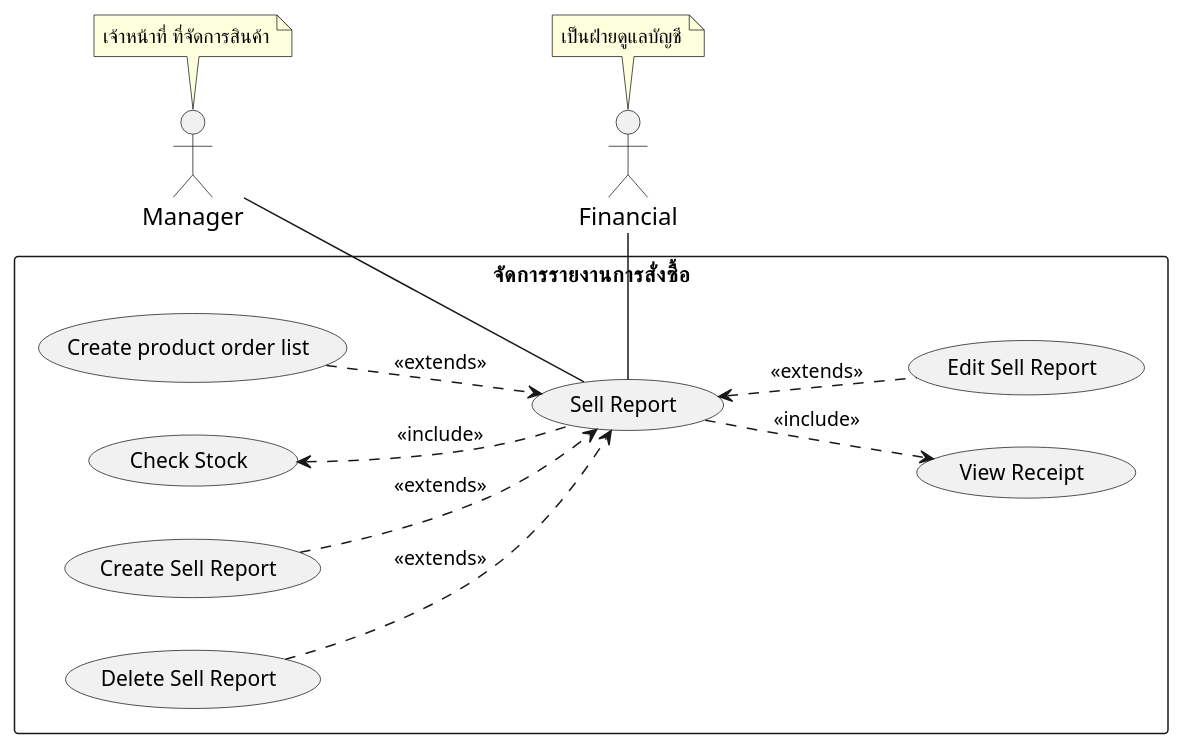
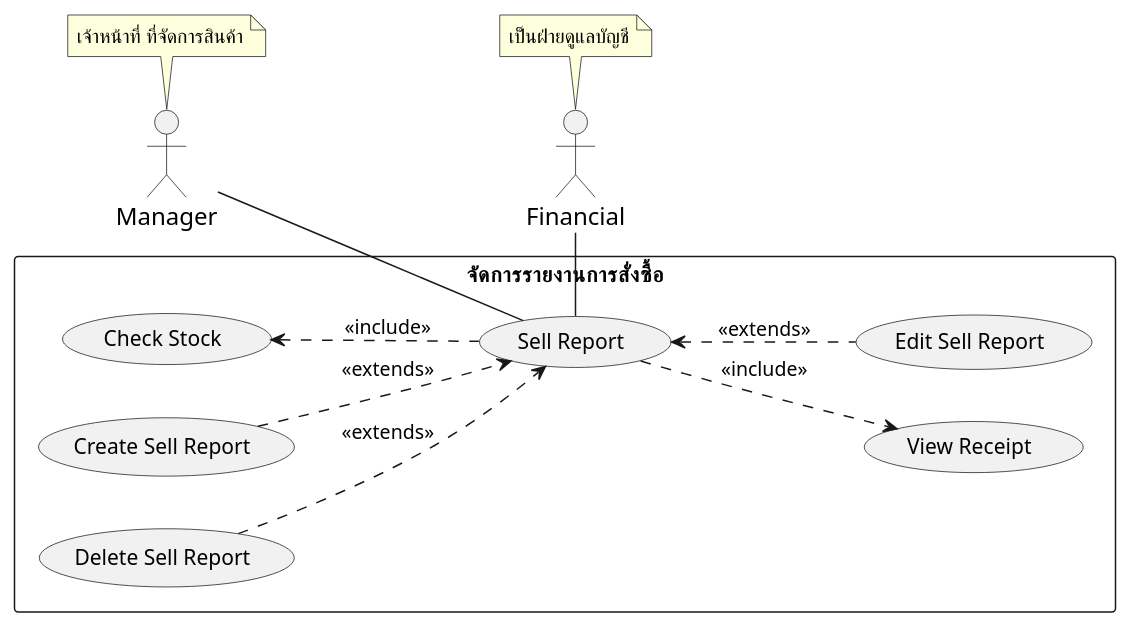
One commit to billowdev/inventory-system-plantuml-sequelize-seeder-example changed the diagram in system-analysis/usecase/_8_usecase-sell-report.puml. Above: the diagram before and after it, drawn with PlantUML.

```diff
--- a/system-analysis/usecase/_8_usecase-sell-report.puml
+++ b/system-analysis/usecase/_8_usecase-sell-report.puml
@@ -1,95 +1,93 @@
 @startuml
 'https://plantuml.com/usecase-diagram
 left to right direction
 skinparam sequence {
     ParticipantFontName Thai
     ParticipantFontSize 16
     ActorFontSize 16
     ActorFontName Thai
 }
 'skinparam linetype polyline
 ' skinparam linetype ortho
 
 skinparam Participant{
     FontColor #efefef
     BorderColor #c0c0c0
 }
 skinparam Sequence{
     ParticipantBorderThickness .5
     LifeLineBorderColor #8a8a8a
 }
 
 
 ' =================== Manager ===================
 ' role - เจ้าหน้าที่ ที่จัดการสินค้า ให้คงคลังสินค้าอยู่เสมอ
 ' duty - บริหารจัดการ stock สินค้า ทั้งการจำหน่ายออก และการรับสินค้ารวมถึงการ
 ' ออกใบสั่งของ การเช็คสินค้าและการทำรายงานต่างๆ
 actor Manager as actorManager
 note top of actorManager : เจ้าหน้าที่ ที่จัดการสินค้า
 
 ' =================== Financial ===================
 ' role - เป็นฝ่ายดูแลบัญชีและการเงินของบริษัท
 ' duty - รับข้อมูลการซื้อและขายสินค้า
 actor Financial as actorFinancial
 note top of actorFinancial : เป็นฝ่ายดูแลบัญชี
 
 
 
 ' =================== Stock System ===================
 rectangle "จัดการรายงานการสั่งซื้อ" as manageSellReport {
 
     ' ================ Reporting ================
     '   การทำรายงาน
     usecase (Sell Report) as (usecaseSellReport)
 
 
 
     usecase (View Receipt) as (usecaseViewReceipt)
 
 
 
-    usecase (Create product order list) as (usecaseCreateProductOrderList)
 
     ' ================ Stock ================
     usecase (Check Stock) as (usecaseCheckStock)
 
   usecase (Create Sell Report) as (usecaseCreateSellReport)
     usecase (Edit Sell Report) as (usecaseEditSellReport)
     usecase (Delete Sell Report) as (usecaseDeleteSellReport)
 
 
     '===========================================================
     ' ===                  Associate Flow                    ===
     '===========================================================
 
     ' ===  ความสัมพันธ์ระหว่าง actor และ usecase ในส่วนของการสออกรายงาน ===
     actorManager -- (usecaseSellReport)
     actorFinancial -right- (usecaseSellReport)
 
 
     ' ================ Reporting ================
     '   การทำรายงาน
 
     (usecaseSellReport) ..> (usecaseViewReceipt)    : <<include>>
     (usecaseCheckStock)  <.. (usecaseSellReport)  : <<include>>
-    (usecaseCreateProductOrderList) ..>  (usecaseSellReport)   : <<extends>>
 
     (usecaseCreateSellReport) ..>  (usecaseSellReport)   : <<extends>>
     (usecaseSellReport)   <.. (usecaseEditSellReport)   : <<extends>>
     (usecaseDeleteSellReport) ..>  (usecaseSellReport)   : <<extends>>
 
 
 
 '    (usecaseViewProduct) <... (usecaseCreateProductOrderList) : <<include>>
 '    (usecaseConfirmOrderList) ..> (usecaseCreateProductOrderList) : <<extends>>
 '    (usecaseOrderProductFromSupplier) ...> (usecaseConfirmOrderList)  : <<extend>>
 '
 '    actorSupplier -- (usecaseOrderProductFromSupplier)
 '    actorCEO -- (usecaseConfirmOrderList)
 
 
 
 
 }
 
 @enduml
```
